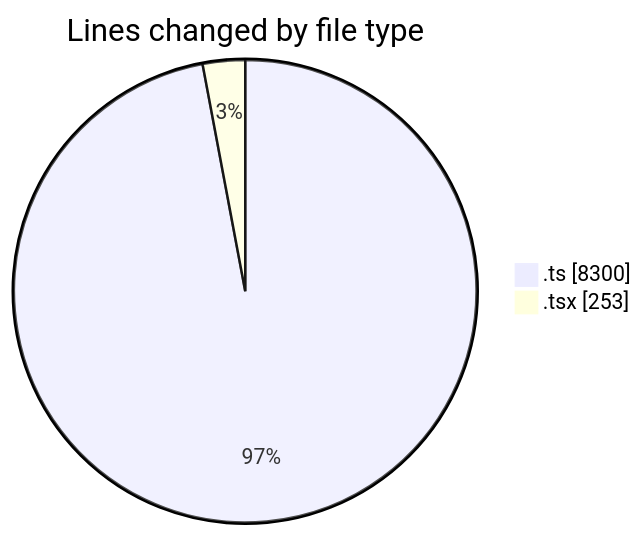
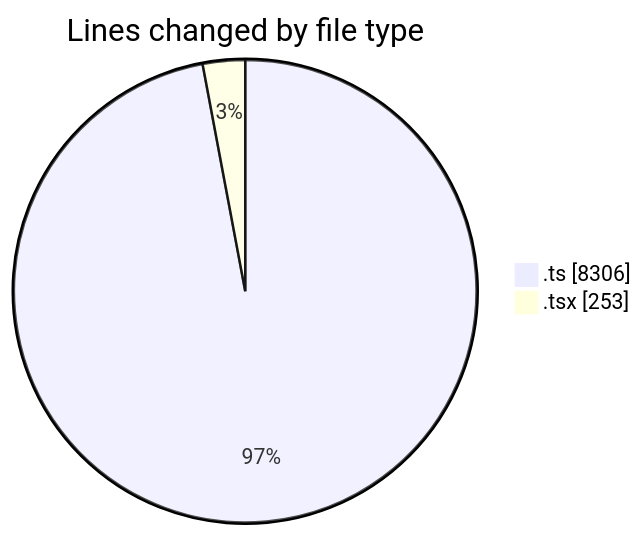
The first of 2 diagrams in 2025-07-14/cda/README.md (momahboobian/code-tracking), drawn with Mermaid before and after one commit. The commit also changed other lines of this file and 1 other file, not shown here.

````diff
--- a/2025-07-14/cda/README.md
+++ b/2025-07-14/cda/README.md
@@ -24,6 +24,6 @@
 ```mermaid
 pie showData
 title Lines changed by file type
-".ts" : 8300
+".ts" : 8306
 ".tsx" : 253
 ```
````
